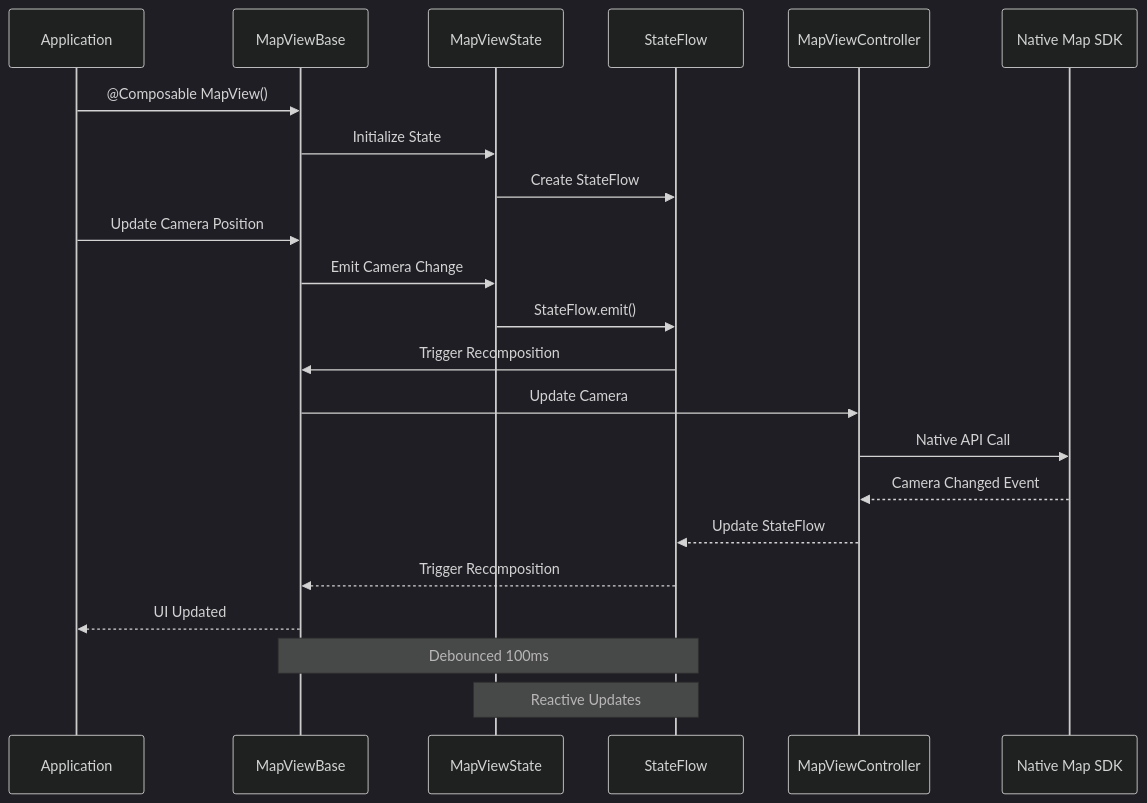
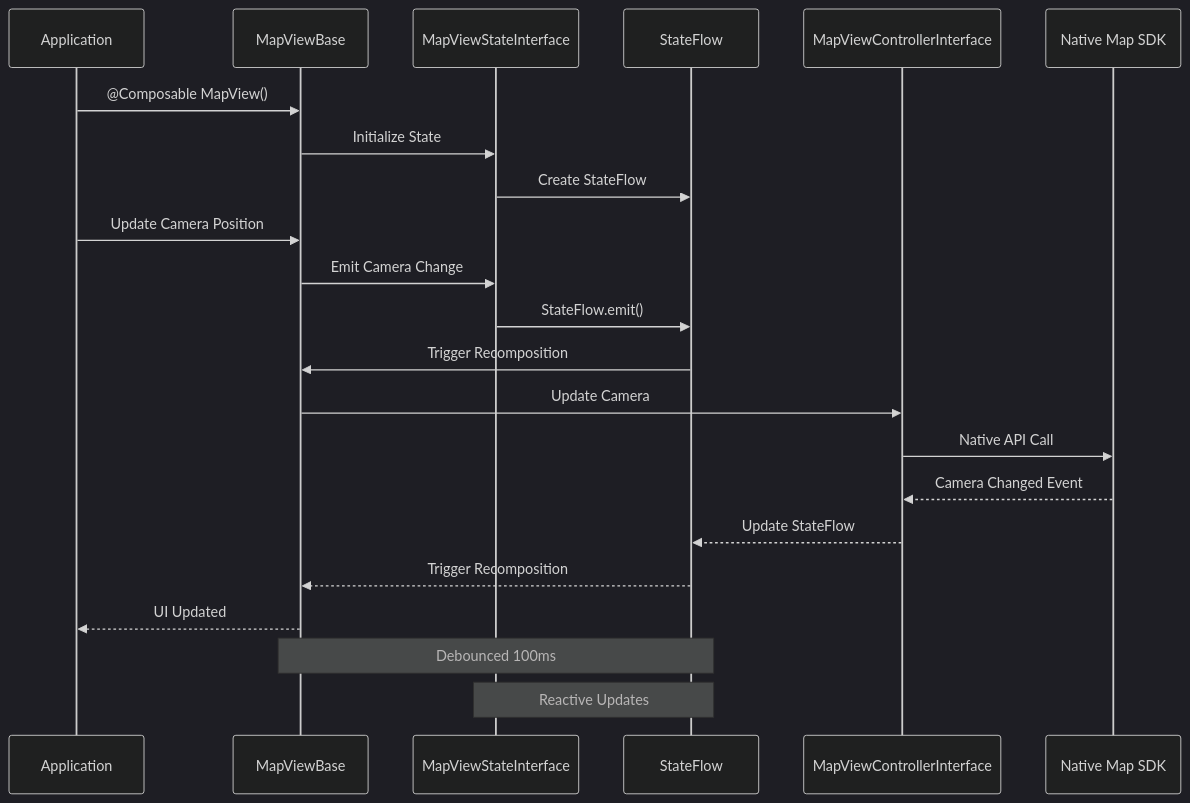
Before and after one commit to MapConductor/android-sdk: the seventh of 11 diagrams in ARCHITECTURE.md, drawn with Mermaid (dark theme). The commit also changed other lines of this file and 596 other files, not shown here.

````diff
--- a/ARCHITECTURE.md
+++ b/ARCHITECTURE.md
@@ -420,28 +420,28 @@
 ```mermaid
 sequenceDiagram
     participant App as Application
     participant Compose as MapViewBase
-    participant State as MapViewState
+    participant State as MapViewStateInterface
     participant Flow as StateFlow
-    participant Controller as MapViewController
+    participant Controller as MapViewControllerInterface
     participant Native as Native Map SDK
 
     App->>Compose: @Composable MapView()
     Compose->>State: Initialize State
     State->>Flow: Create StateFlow
 
     App->>Compose: Update Camera Position
     Compose->>State: Emit Camera Change
     State->>Flow: StateFlow.emit()
     Flow->>Compose: Trigger Recomposition
     Compose->>Controller: Update Camera
     Controller->>Native: Native API Call
 
     Native-->>Controller: Camera Changed Event
     Controller-->>Flow: Update StateFlow
     Flow-->>Compose: Trigger Recomposition
     Compose-->>App: UI Updated
 
     Note over Flow,Compose: Debounced 100ms
     Note over State,Flow: Reactive Updates
 ```
````
